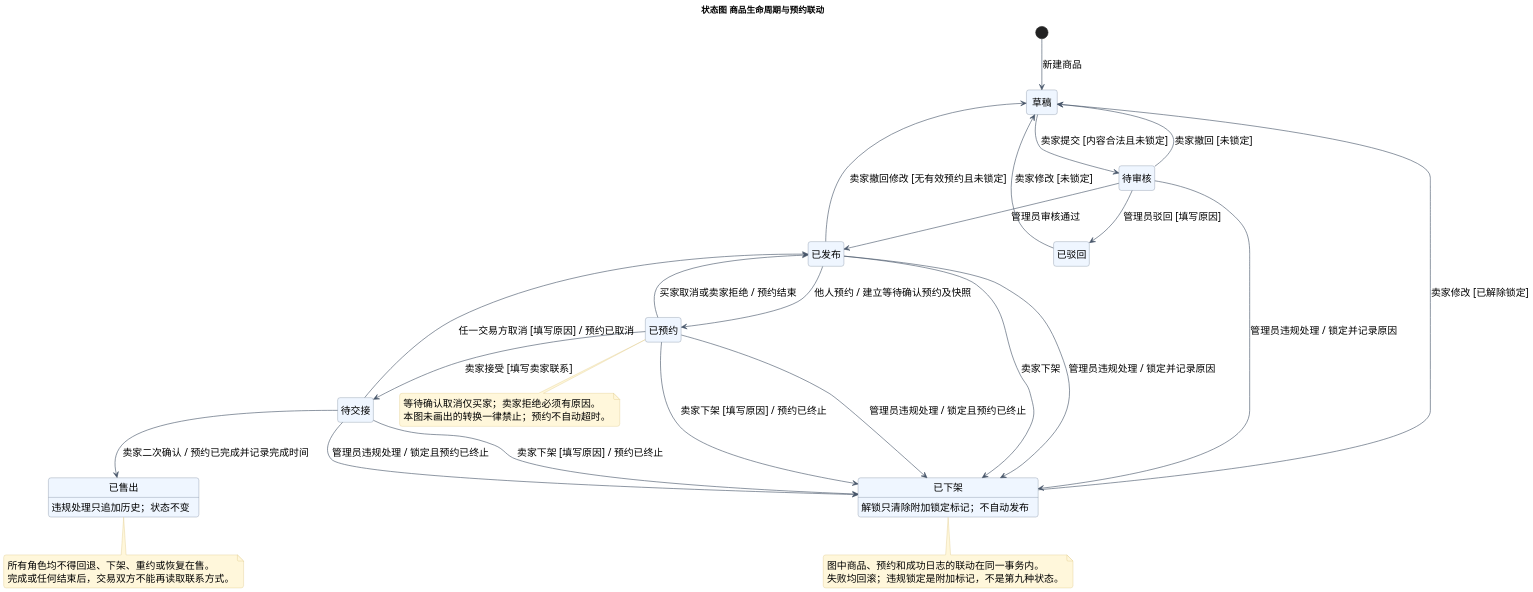
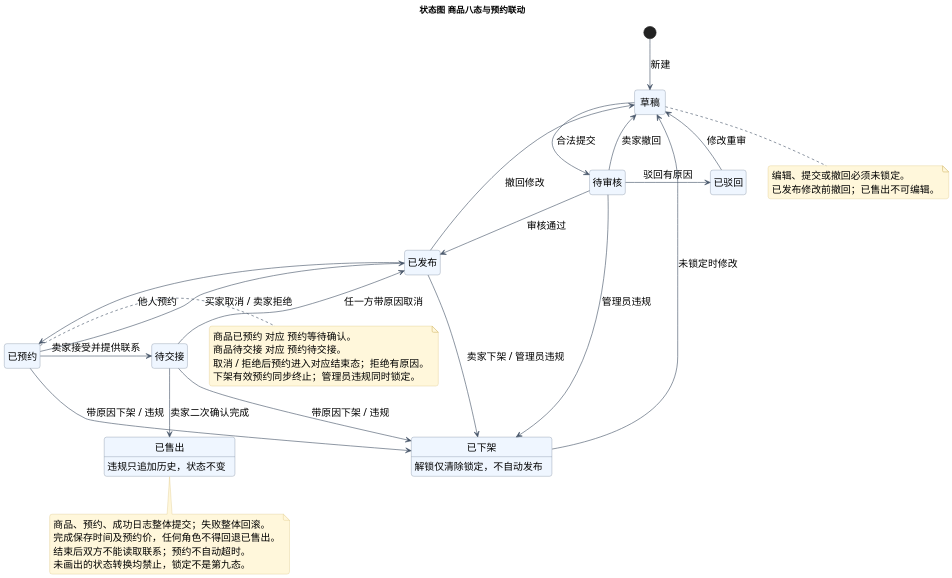
Before and after one commit to unfinities/software-engineering-labs: the diagram in lab2/UML/03_状态图.puml, drawn with PlantUML. The commit also changed 29 other files, not shown here.

Commit message:
lab2: refine UML and export fourteen UI screens with report draft

```diff
--- a/lab2/UML/03_状态图.puml
+++ b/lab2/UML/03_状态图.puml
@@ -1,61 +1,63 @@
 @startuml
 skinparam defaultFontName Microsoft YaHei
 skinparam defaultFontSize 16
 skinparam backgroundColor white
 skinparam shadowing false
 skinparam ArrowColor #475569
 skinparam classBackgroundColor #EFF6FF
 skinparam classBorderColor #64748B
 skinparam componentBackgroundColor #EFF6FF
 skinparam componentBorderColor #64748B
 skinparam stateBackgroundColor #EFF6FF
 skinparam stateBorderColor #64748B
 skinparam noteBackgroundColor #FFF7DB
 skinparam noteBorderColor #D6BD72
 skinparam roundcorner 8
 skinparam dpi 160
-title 状态图 商品生命周期与预约联动
+title 状态图 商品八态与预约联动
+top to bottom direction
 hide empty description
 state "草稿" as Draft
 state "待审核" as Pending
 state "已驳回" as Rejected
 state "已发布" as Published
 state "已预约" as Reserved
 state "待交接" as Handover
 state "已售出" as Sold
 state "已下架" as Offline
-[*] --> Draft : 新建商品
-Draft --> Pending : 卖家提交 [内容合法且未锁定]
-Pending --> Published : 管理员审核通过
-Pending --> Rejected : 管理员驳回 [填写原因]
-Pending --> Draft : 卖家撤回 [未锁定]
-Rejected --> Draft : 卖家修改 [未锁定]
-Published --> Draft : 卖家撤回修改 [无有效预约且未锁定]
-Offline --> Draft : 卖家修改 [已解除锁定]
-Published --> Reserved : 他人预约 / 建立等待确认预约及快照
-Reserved --> Handover : 卖家接受 [填写卖家联系]
-Reserved --> Published : 买家取消或卖家拒绝 / 预约结束
-Handover --> Published : 任一交易方取消 [填写原因] / 预约已取消
-Handover --> Sold : 卖家二次确认 / 预约已完成并记录完成时间
-Published --> Offline : 卖家下架
-Reserved --> Offline : 卖家下架 [填写原因] / 预约已终止
-Handover --> Offline : 卖家下架 [填写原因] / 预约已终止
-Pending --> Offline : 管理员违规处理 / 锁定并记录原因
-Published --> Offline : 管理员违规处理 / 锁定并记录原因
-Reserved --> Offline : 管理员违规处理 / 锁定且预约已终止
-Handover --> Offline : 管理员违规处理 / 锁定且预约已终止
-Sold : 违规处理只追加历史；状态不变
-Offline : 解锁只清除附加锁定标记；不自动发布
-note bottom of Reserved
-  等待确认取消仅买家；卖家拒绝必须有原因。
-  本图未画出的转换一律禁止；预约不自动超时。
+[*] --> Draft : 新建
+Draft -right-> Pending : 合法提交
+Pending -right-> Rejected : 驳回有原因
+Rejected --> Draft : 修改重审
+Pending --> Draft : 卖家撤回
+Pending --> Published : 审核通过
+Published -right-> Reserved : 他人预约
+Reserved -right-> Handover : 卖家接受并提供联系
+Handover --> Sold : 卖家二次确认完成
+Published --> Draft : 撤回修改
+Offline --> Draft : 未锁定时修改
+Reserved --> Published : 买家取消 / 卖家拒绝
+Handover --> Published : 任一方带原因取消
+Pending --> Offline : 管理员违规
+Published --> Offline : 卖家下架 / 管理员违规
+Reserved --> Offline : 带原因下架 / 违规
+Handover --> Offline : 带原因下架 / 违规
+Sold : 违规只追加历史，状态不变
+Offline : 解锁仅清除锁定，不自动发布
+note bottom of Draft
+  编辑、提交或撤回必须未锁定。
+  已发布修改前撤回；已售出不可编辑。
+end note
+note right of Reserved
+  商品已预约 对应 预约等待确认。
+  商品待交接 对应 预约待交接。
+  取消 / 拒绝后预约进入对应结束态；拒绝有原因。
+  下架有效预约同步终止；管理员违规同时锁定。
 end note
 note bottom of Sold
-  所有角色均不得回退、下架、重约或恢复在售。
-  完成或任何结束后，交易双方不能再读取联系方式。
-end note
-note bottom of Offline
-  图中商品、预约和成功日志的联动在同一事务内。
-  失败均回滚；违规锁定是附加标记，不是第九种状态。
+  商品、预约、成功日志整体提交；失败整体回滚。
+  完成保存时间及预约价，任何角色不得回退已售出。
+  结束后双方不能读取联系；预约不自动超时。
+  未画出的状态转换均禁止，锁定不是第九态。
 end note
 @enduml
```
